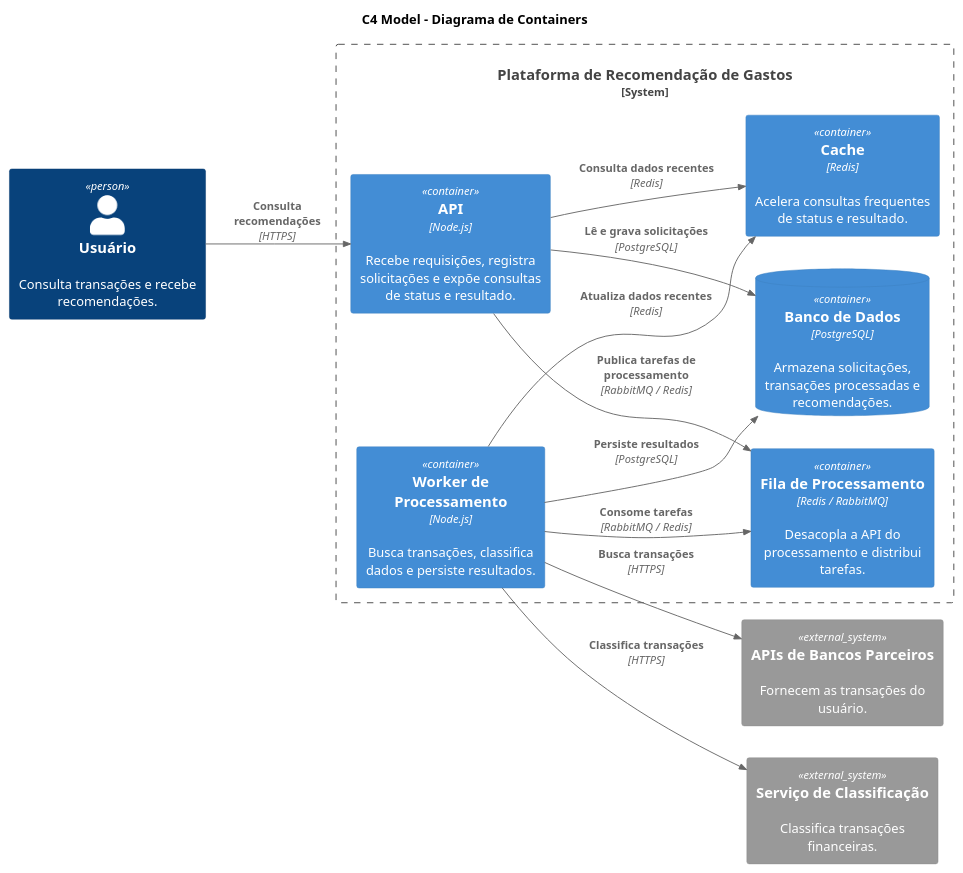
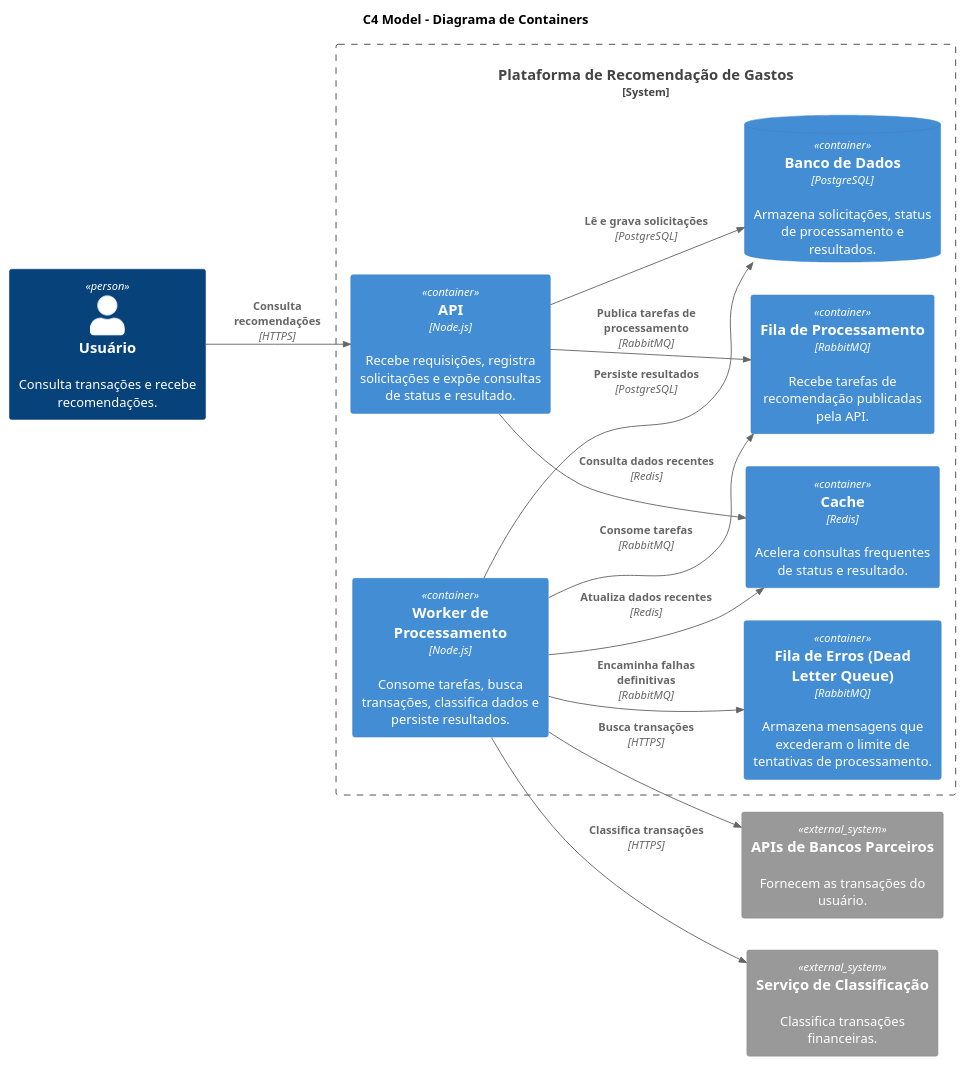
Before and after one commit to nelsera/idwall-desafio-arquitetura: the diagram in 2__diagramas/2.2__c4-containers.puml, drawn with PlantUML. The commit also changed 12 other files, not shown here.

Commit message:
feat(worker): adiciona retry controlado e envio para fila de erros no processamento de recomendações

```diff
--- a/2__diagramas/2.2__c4-containers.puml
+++ b/2__diagramas/2.2__c4-containers.puml
@@ -1,43 +1,46 @@
 @startuml c4-containers
 !includeurl https://raw.githubusercontent.com/plantuml-stdlib/C4-PlantUML/master/C4_Container.puml
 
 LAYOUT_LEFT_RIGHT()
 
 title C4 Model - Diagrama de Containers
 
 ' Atores
 Person(usuario, "Usuário", "Consulta transações e recebe recomendações.")
 
 ' Sistema principal
 System_Boundary(sistema, "Plataforma de Recomendação de Gastos") {
 
   ' Containers
   Container(api, "API", "Node.js", "Recebe requisições, registra solicitações e expõe consultas de status e resultado.")
 
-  Container(fila, "Fila de Processamento", "Redis / RabbitMQ", "Desacopla a API do processamento e distribui tarefas.")
+  Container(fila, "Fila de Processamento", "RabbitMQ", "Recebe tarefas de recomendação publicadas pela API.")
 
-  Container(worker, "Worker de Processamento", "Node.js", "Busca transações, classifica dados e persiste resultados.")
+  Container(dlq, "Fila de Erros (Dead Letter Queue)", "RabbitMQ", "Armazena mensagens que excederam o limite de tentativas de processamento.")
 
-  ContainerDb(db, "Banco de Dados", "PostgreSQL", "Armazena solicitações, transações processadas e recomendações.")
+  Container(worker, "Worker de Processamento", "Node.js", "Consome tarefas, busca transações, classifica dados e persiste resultados.")
+
+  ContainerDb(db, "Banco de Dados", "PostgreSQL", "Armazena solicitações, status de processamento e resultados.")
 
   Container(cache, "Cache", "Redis", "Acelera consultas frequentes de status e resultado.")
 }
 
 ' Sistemas externos
 System_Ext(bancos, "APIs de Bancos Parceiros", "Fornecem as transações do usuário.")
 System_Ext(ml, "Serviço de Classificação", "Classifica transações financeiras.")
 
 ' Relacionamentos
 Rel(usuario, api, "Consulta recomendações", "HTTPS")
 
-Rel(api, fila, "Publica tarefas de processamento", "RabbitMQ / Redis")
+Rel(api, fila, "Publica tarefas de processamento", "RabbitMQ")
 Rel(api, db, "Lê e grava solicitações", "PostgreSQL")
 Rel(api, cache, "Consulta dados recentes", "Redis")
 
-Rel(worker, fila, "Consome tarefas", "RabbitMQ / Redis")
+Rel(worker, fila, "Consome tarefas", "RabbitMQ")
+Rel(worker, dlq, "Encaminha falhas definitivas", "RabbitMQ")
 Rel(worker, bancos, "Busca transações", "HTTPS")
 Rel(worker, ml, "Classifica transações", "HTTPS")
 Rel(worker, db, "Persiste resultados", "PostgreSQL")
 Rel(worker, cache, "Atualiza dados recentes", "Redis")
 
 @enduml
```
